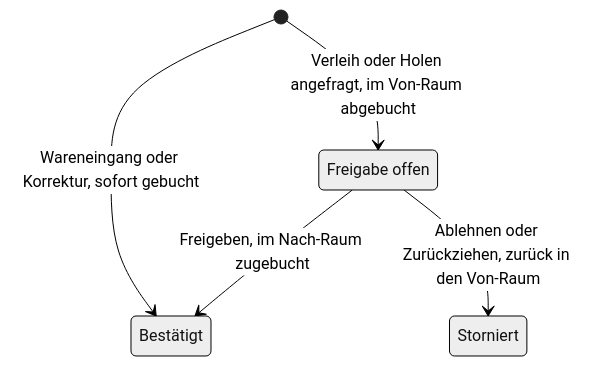
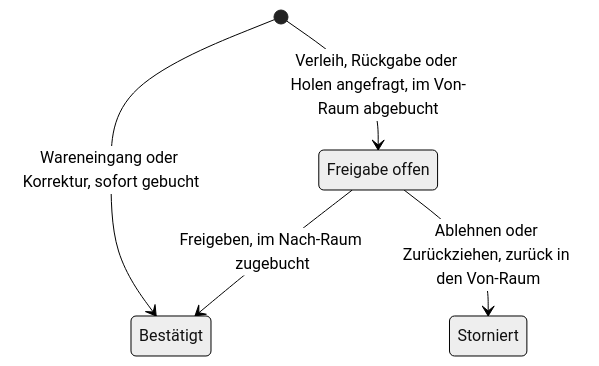
One commit to MatthiasWork/LagerverwaltungAPINewNew changed the diagram in Docs/Tutorial.md. Above: the diagram before and after it, drawn with Mermaid (neutral theme). The commit also changed other lines of this file and 21 other files, not shown here.

````diff
--- a/Docs/Tutorial.md
+++ b/Docs/Tutorial.md
@@ -307,10 +333,10 @@
 ```mermaid
 stateDiagram-v2
     state "Freigabe offen" as Offen
     state "Bestätigt" as Bestaetigt
     state "Storniert" as Storniert
-    [*] --> Offen: Verleih oder Holen angefragt, im Von-Raum abgebucht
+    [*] --> Offen: Verleih, Rückgabe oder Holen angefragt, im Von-Raum abgebucht
     Offen --> Bestaetigt: Freigeben, im Nach-Raum zugebucht
     Offen --> Storniert: Ablehnen oder Zurückziehen, zurück in den Von-Raum
     [*] --> Bestaetigt: Wareneingang oder Korrektur, sofort gebucht
 ```
````
